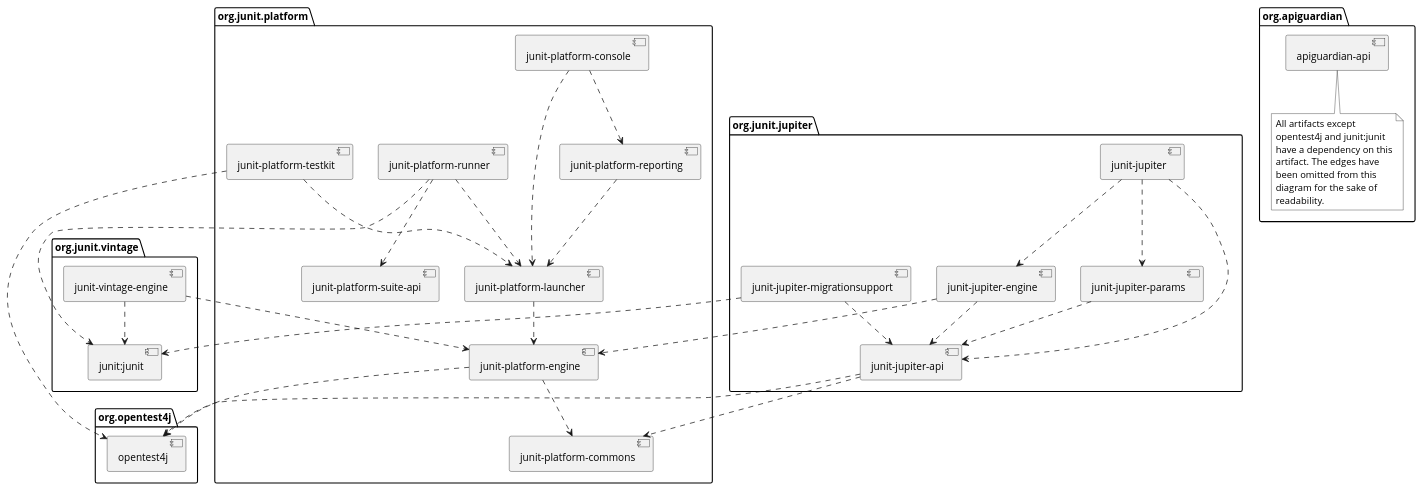
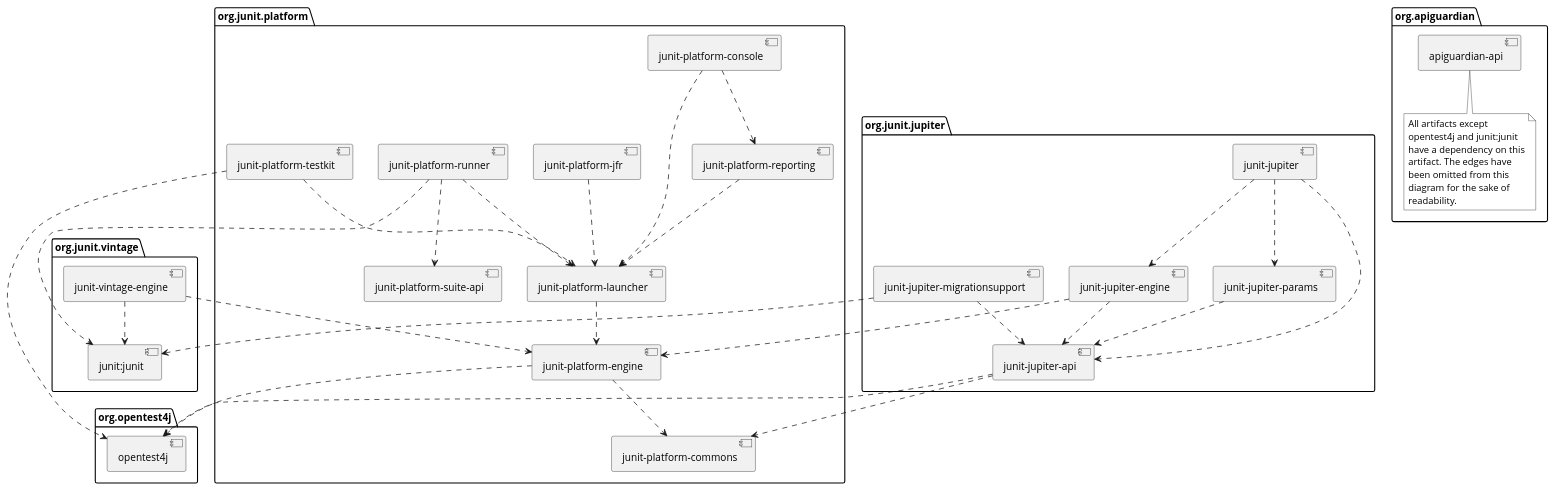
The diagram in documentation/src/docs/asciidoc/user-guide/appendix.adoc (junit-team/junit5), drawn with PlantUML before and after one commit. The commit also changed other lines of this file and 1 other file, not shown here.

Commit message:
Add JUnit Platform JFR in Dependency Metadata and Diagram
This commit also removes the dependency metadata from the README.md
file and replaces it with a link to the user guide instead.

Addresses part of #2403

```diff
--- a/documentation/src/docs/asciidoc/user-guide/appendix.adoc
+++ b/documentation/src/docs/asciidoc/user-guide/appendix.adoc
@@ -142,6 +144,7 @@
     [junit-platform-commons] as commons
     [junit-platform-console] as console
     [junit-platform-engine] as engine
+    [junit-platform-jfr] as jfr
     [junit-platform-launcher] as launcher
     [junit-platform-reporting] as reporting
     [junit-platform-runner] as runner
@@ -185,6 +188,8 @@
 
 launcher ..> engine
 
+jfr ..> launcher
+
 engine ..> opentest4j
 engine ..> commons
 
```
